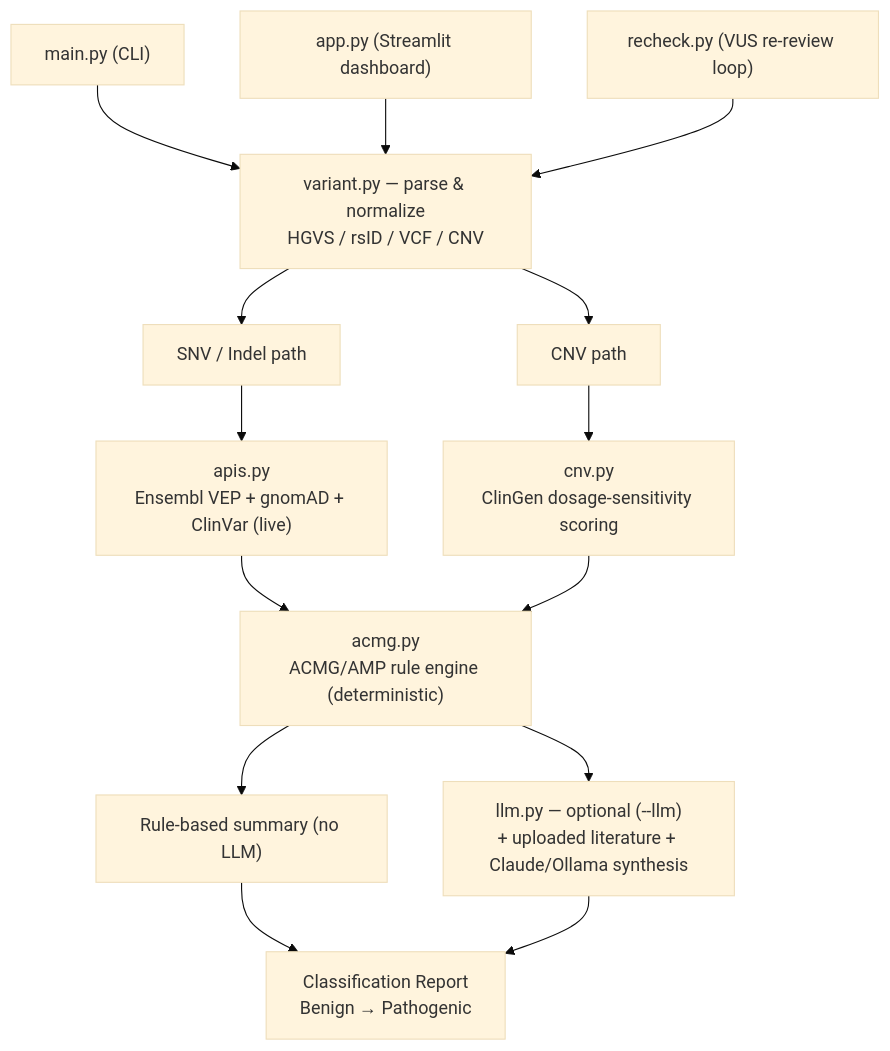
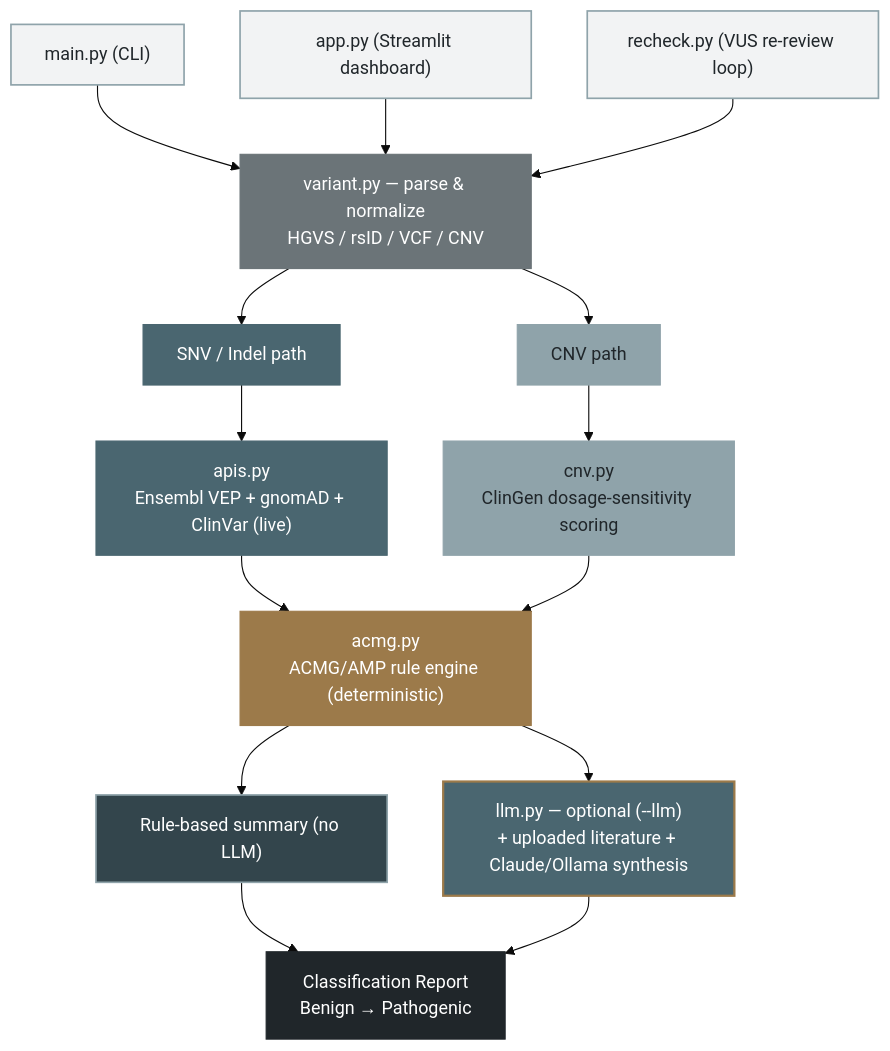
Before and after one commit to rajputakhil/ai-cura: the diagram in README.md, drawn with Mermaid (base theme).

Commit message:
Color-code architecture diagram by pipeline role

````diff
--- a/README.md
+++ b/README.md
@@ -126,21 +126,30 @@
 ```mermaid
 flowchart TD
-    H["main.py (CLI)"] --> B
-    I["app.py (Streamlit dashboard)"] --> B
-    J["recheck.py (VUS re-review loop)"] --> B
+    H["main.py (CLI)"]:::entry --> B
+    I["app.py (Streamlit dashboard)"]:::entry --> B
+    J["recheck.py (VUS re-review loop)"]:::entry --> B
 
-    B["variant.py — parse & normalize<br/>HGVS / rsID / VCF / CNV"] --> C1["SNV / Indel path"]
-    B --> C2["CNV path"]
+    B["variant.py — parse & normalize<br/>HGVS / rsID / VCF / CNV"]:::neutral --> C1["SNV / Indel path"]:::snv
+    B --> C2["CNV path"]:::cnv
 
-    C1 --> D1["apis.py<br/>Ensembl VEP + gnomAD + ClinVar (live)"]
-    C2 --> D2["cnv.py<br/>ClinGen dosage-sensitivity scoring"]
+    C1 --> D1["apis.py<br/>Ensembl VEP + gnomAD + ClinVar (live)"]:::snv
+    C2 --> D2["cnv.py<br/>ClinGen dosage-sensitivity scoring"]:::cnv
 
-    D1 --> E["acmg.py<br/>ACMG/AMP rule engine (deterministic)"]
+    D1 --> E["acmg.py<br/>ACMG/AMP rule engine (deterministic)"]:::engine
     D2 --> E
 
-    E --> F1["Rule-based summary (no LLM)"]
-    E --> F2["llm.py — optional (--llm)<br/>+ uploaded literature + Claude/Ollama synthesis"]
+    E --> F1["Rule-based summary (no LLM)"]:::rule
+    E --> F2["llm.py — optional (--llm)<br/>+ uploaded literature + Claude/Ollama synthesis"]:::llm
 
-    F1 --> G["Classification Report<br/>Benign → Pathogenic"]
+    F1 --> G["Classification Report<br/>Benign → Pathogenic"]:::output
     F2 --> G
+
+    classDef entry fill:#F2F3F4,stroke:#8FA3AA,stroke-width:1.5px,color:#20262A;
+    classDef neutral fill:#6B7478,stroke:#6B7478,color:#FFFFFF;
+    classDef snv fill:#4A6670,stroke:#4A6670,color:#FFFFFF;
+    classDef cnv fill:#8FA3AA,stroke:#8FA3AA,color:#20262A;
+    classDef engine fill:#9C7A4A,stroke:#9C7A4A,color:#FFFFFF;
+    classDef rule fill:#33454C,stroke:#8FA3AA,stroke-width:1.5px,color:#FFFFFF;
+    classDef llm fill:#4A6670,stroke:#9C7A4A,stroke-width:2px,color:#FFFFFF;
+    classDef output fill:#20262A,stroke:#20262A,color:#FFFFFF;
 ```
````
